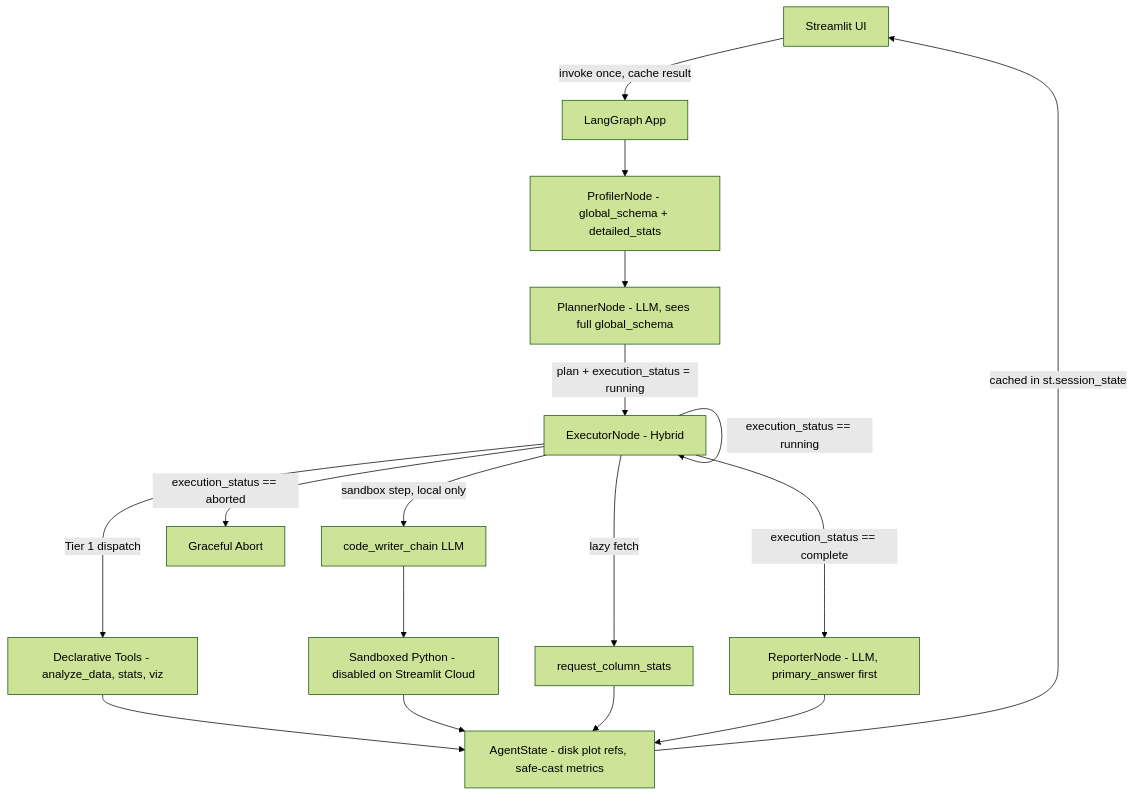
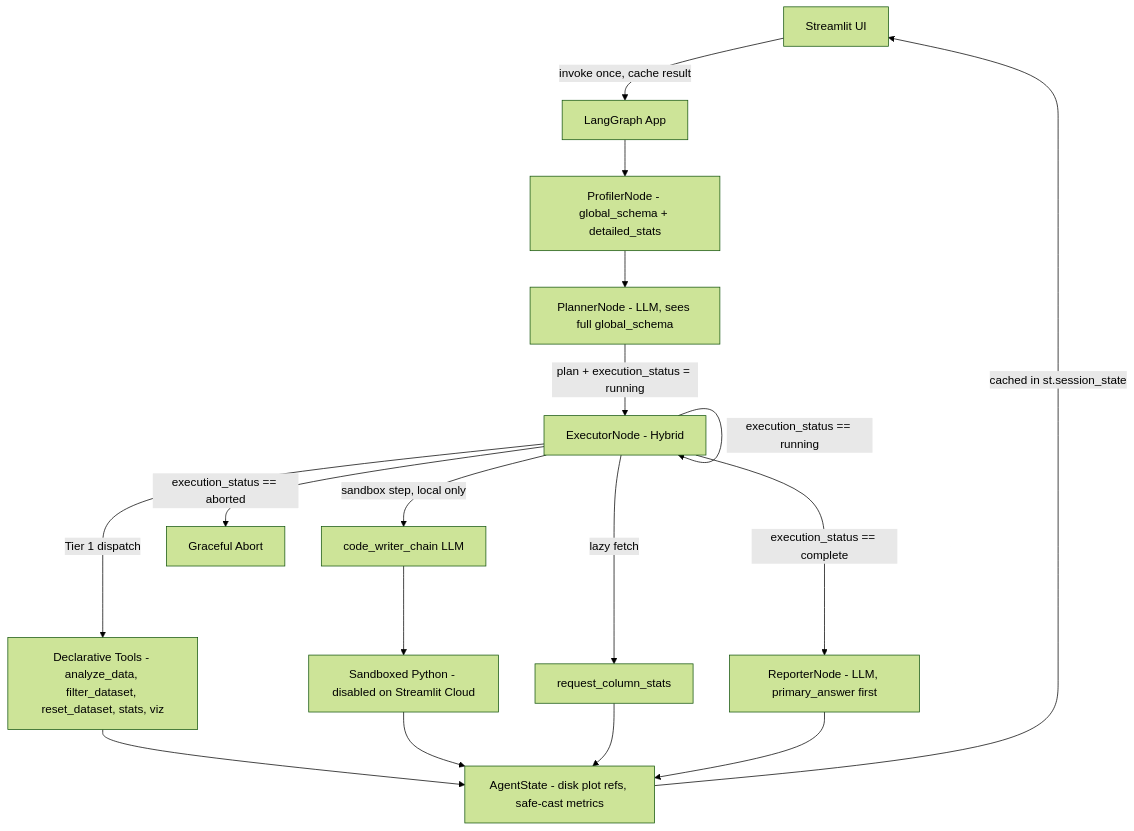
Before and after one commit to mohamadmeri/scrygent: the diagram in docs/ARCHITECTURE.md, drawn with Mermaid (forest theme). The commit also changed other lines of this file and 3 other files, not shown here.

First line of the commit message:
feat(tools): implement unified analyze_data tool and align documentation

````diff
--- a/docs/ARCHITECTURE.md
+++ b/docs/ARCHITECTURE.md
@@ -285,19 +310,19 @@
 ```mermaid
 graph TD
     UI[Streamlit UI] -->|invoke once, cache result| Graph[LangGraph App]
     Graph --> Profiler[ProfilerNode - global_schema + detailed_stats]
     Profiler --> Planner[PlannerNode - LLM, sees full global_schema]
     Planner -->|plan + execution_status = running| Executor[ExecutorNode - Hybrid]
-    Executor -->|Tier 1 dispatch| Tools[Declarative Tools - analyze_data, stats, viz]
+    Executor -->|Tier 1 dispatch| Tools[Declarative Tools - analyze_data, filter_dataset, reset_dataset, stats, viz]
     Executor -->|lazy fetch| ColumnStats[request_column_stats]
     Executor -->|sandbox step, local only| CodeWriter[code_writer_chain LLM]
     CodeWriter --> Sandbox[Sandboxed Python - disabled on Streamlit Cloud]
     Tools --> State[AgentState - disk plot refs, safe-cast metrics]
     Sandbox --> State
     ColumnStats --> State
     Executor -->|execution_status == running| Executor
     Executor -->|execution_status == complete| Reporter[ReporterNode - LLM, primary_answer first]
     Executor -->|execution_status == aborted| Abort[Graceful Abort]
     Reporter --> State
     State -->|cached in st.session_state| UI
 ```
````
